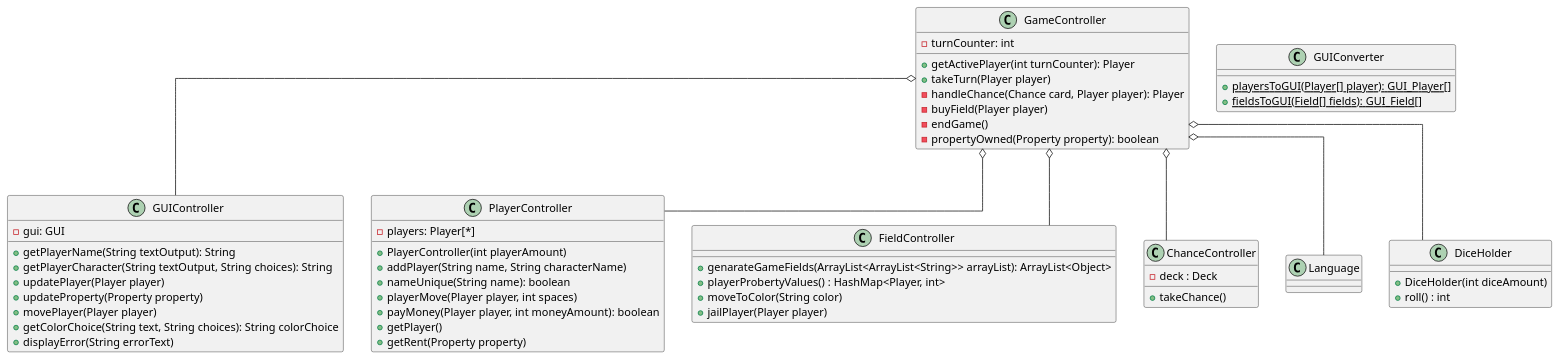
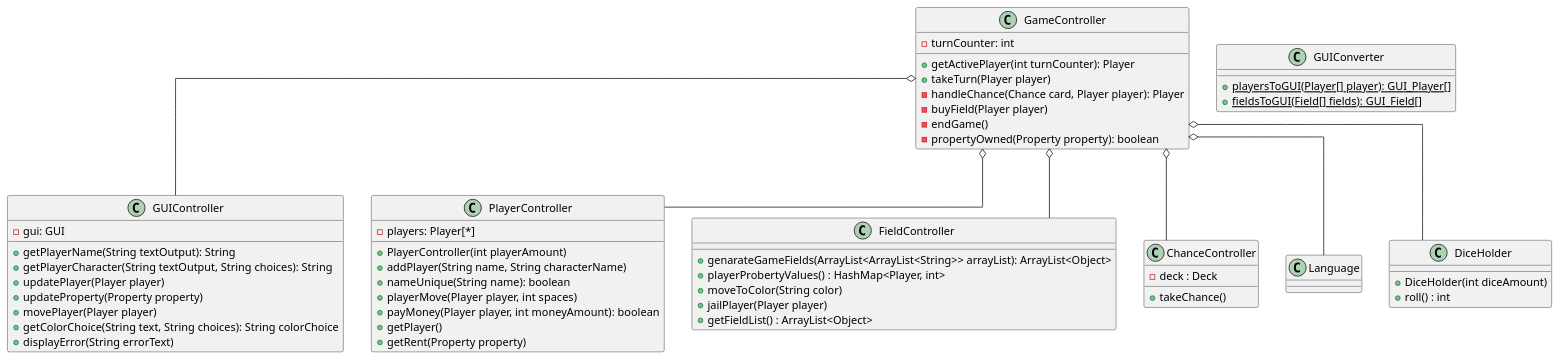
The diagram in src/main/resources/ControllerDiagram.puml (Gruppe-10-DTU/CDIO-FINAL), drawn with PlantUML before and after one commit.

Commit message:
Added methods to FieldController

```diff
--- a/src/main/resources/ControllerDiagram.puml
+++ b/src/main/resources/ControllerDiagram.puml
@@ -1,68 +1,69 @@
 @startuml
 skinparam linetype polyline
 skinparam linetype ortho
 
 Class GUIController{
  - gui: GUI
  + getPlayerName(String textOutput): String
  + getPlayerCharacter(String textOutput, String choices): String
  + updatePlayer(Player player)
  + updateProperty(Property property)
  + movePlayer(Player player)
  + getColorChoice(String text, String choices): String colorChoice
  + displayError(String errorText)
 }
 Class GUIConverter{
  {static} + playersToGUI(Player[] player): GUI_Player[]
  {static} + fieldsToGUI(Field[] fields): GUI_Field[]
 }
 Class GameController{
  - turnCounter: int
  + getActivePlayer(int turnCounter): Player
  + takeTurn(Player player)
  - handleChance(Chance card, Player player): Player
  - buyField(Player player)
  - endGame()
  - propertyOwned(Property property): boolean
 }
 
 Class PlayerController{
  - players: Player[*]
  + PlayerController(int playerAmount)
  + addPlayer(String name, String characterName)
  + nameUnique(String name): boolean
  + playerMove(Player player, int spaces)
  + payMoney(Player player, int moneyAmount): boolean
  + getPlayer()
  + getRent(Property property)
 }
 
 Class FieldController{
  + genarateGameFields(ArrayList<ArrayList<String>> arrayList): ArrayList<Object>
  + playerProbertyValues() : HashMap<Player, int>
  + moveToColor(String color)
  + jailPlayer(Player player)
+ + getFieldList() : ArrayList<Object>
 }
 
 Class ChanceController{
  - deck : Deck
  + takeChance()
 }
 
 Class Language{
 
 }
 
 Class DiceHolder{
  + DiceHolder(int diceAmount)
  + roll() : int
 }
 
 GameController o-- GUIController
 GameController o-- PlayerController
 GameController o-- FieldController
 GameController o-- ChanceController
 GameController o-- DiceHolder
 GameController o-- Language
 
 @enduml
```
